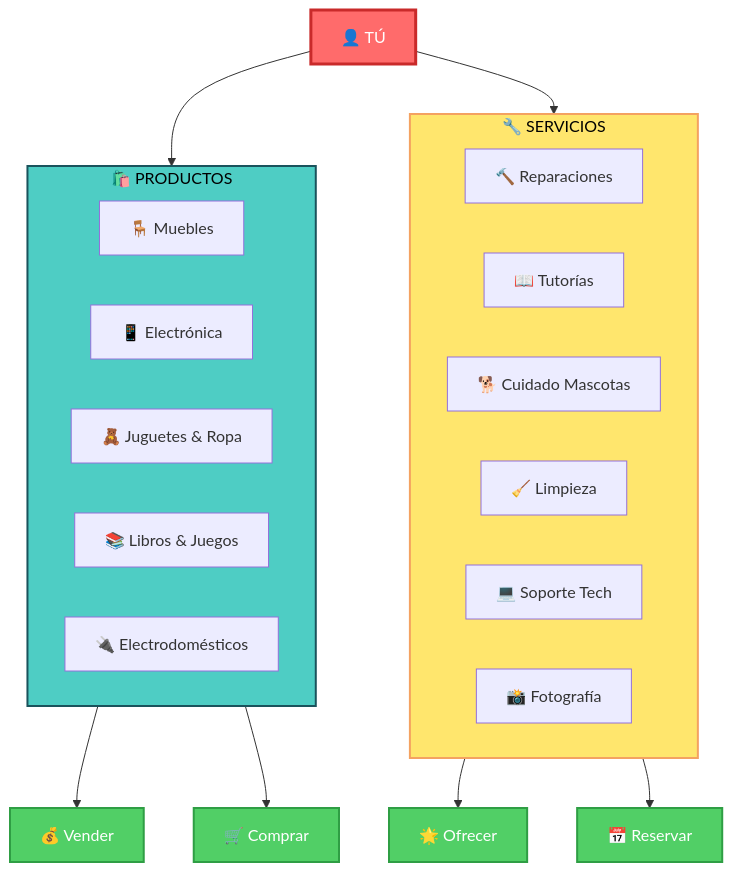
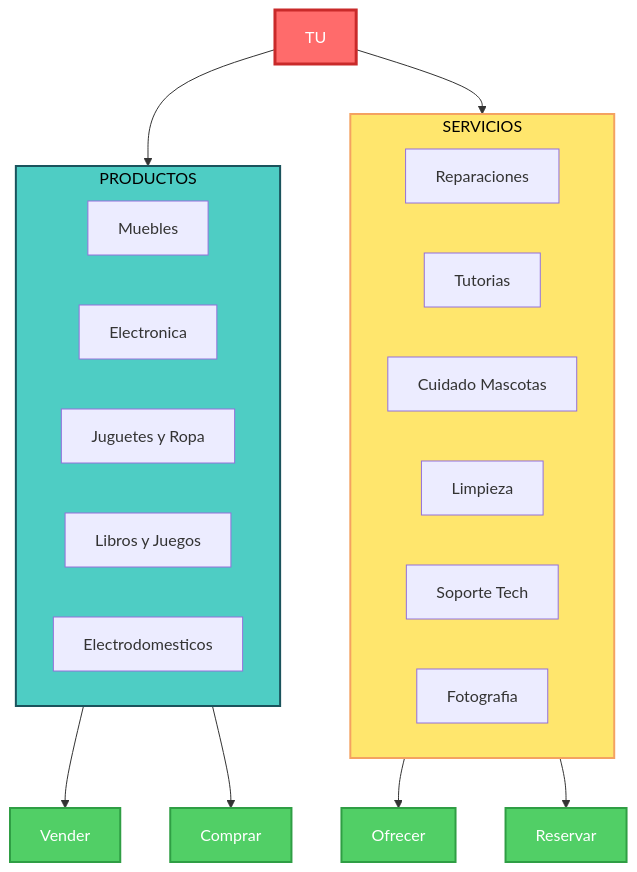
The third of 25 diagrams in app.spanish.md (softv2ware/condomarket.api), drawn with Mermaid before and after one commit. The commit also changed other lines of this file, not shown here.

````diff
--- a/app.spanish.md
+++ b/app.spanish.md
@@ -95,35 +95,35 @@
 ```mermaid
 graph TB
-    subgraph Productos["🛍️ PRODUCTOS"]
-        P1[🪑 Muebles]
-        P2[📱 Electrónica]
-        P3[🧸 Juguetes & Ropa]
-        P4[📚 Libros & Juegos]
-        P5[🔌 Electrodomésticos]
+    subgraph Productos[PRODUCTOS]
+        P1[Muebles]
+        P2[Electronica]
+        P3[Juguetes y Ropa]
+        P4[Libros y Juegos]
+        P5[Electrodomesticos]
     end
     
-    subgraph Servicios["🔧 SERVICIOS"]
-        S1[🔨 Reparaciones]
-        S2[📖 Tutorías]
-        S3[🐕 Cuidado Mascotas]
-        S4[🧹 Limpieza]
-        S5[💻 Soporte Tech]
-        S6[📸 Fotografía]
+    subgraph Servicios[SERVICIOS]
+        S1[Reparaciones]
+        S2[Tutorias]
+        S3[Cuidado Mascotas]
+        S4[Limpieza]
+        S5[Soporte Tech]
+        S6[Fotografia]
     end
     
-    Usuario[👤 TÚ] --> Productos
+    Usuario[TU] --> Productos
     Usuario --> Servicios
     
-    Productos --> Vender[💰 Vender]
-    Productos --> Comprar[🛒 Comprar]
-    Servicios --> Ofrecer[🌟 Ofrecer]
-    Servicios --> Reservar[📅 Reservar]
+    Productos --> Vender[Vender]
+    Productos --> Comprar[Comprar]
+    Servicios --> Ofrecer[Ofrecer]
+    Servicios --> Reservar[Reservar]
     
     style Usuario fill:#FF6B6B,stroke:#C92A2A,stroke-width:3px,color:#fff
     style Productos fill:#4ECDC4,stroke:#1A535C,stroke-width:2px,color:#000
     style Servicios fill:#FFE66D,stroke:#F4A261,stroke-width:2px,color:#000
     style Vender fill:#51CF66,stroke:#2F9E44,stroke-width:2px,color:#fff
     style Comprar fill:#51CF66,stroke:#2F9E44,stroke-width:2px,color:#fff
     style Ofrecer fill:#51CF66,stroke:#2F9E44,stroke-width:2px,color:#fff
     style Reservar fill:#51CF66,stroke:#2F9E44,stroke-width:2px,color:#fff
 ```
````
